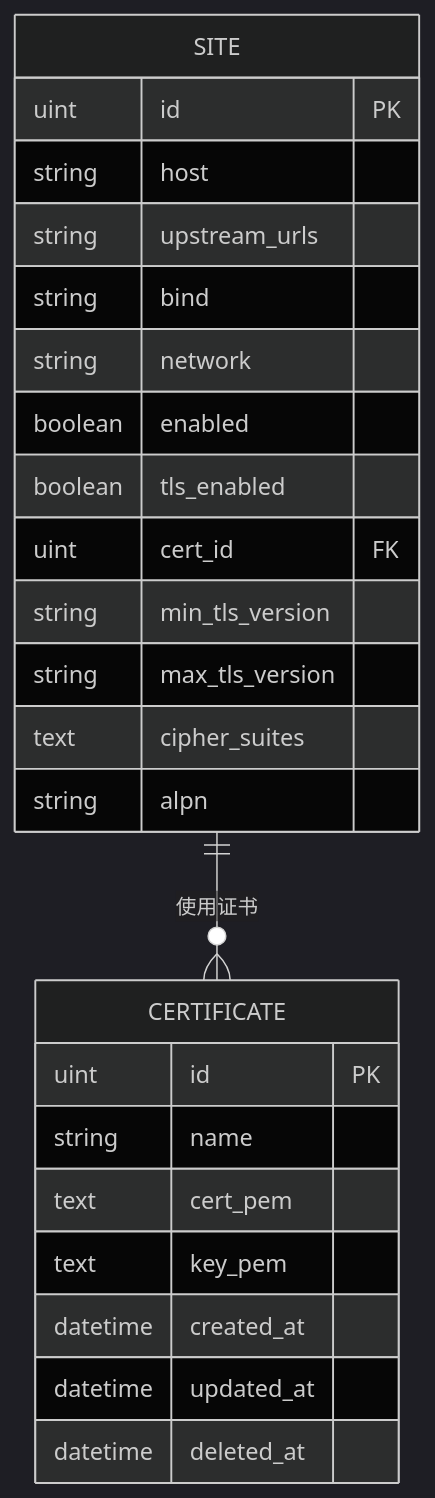
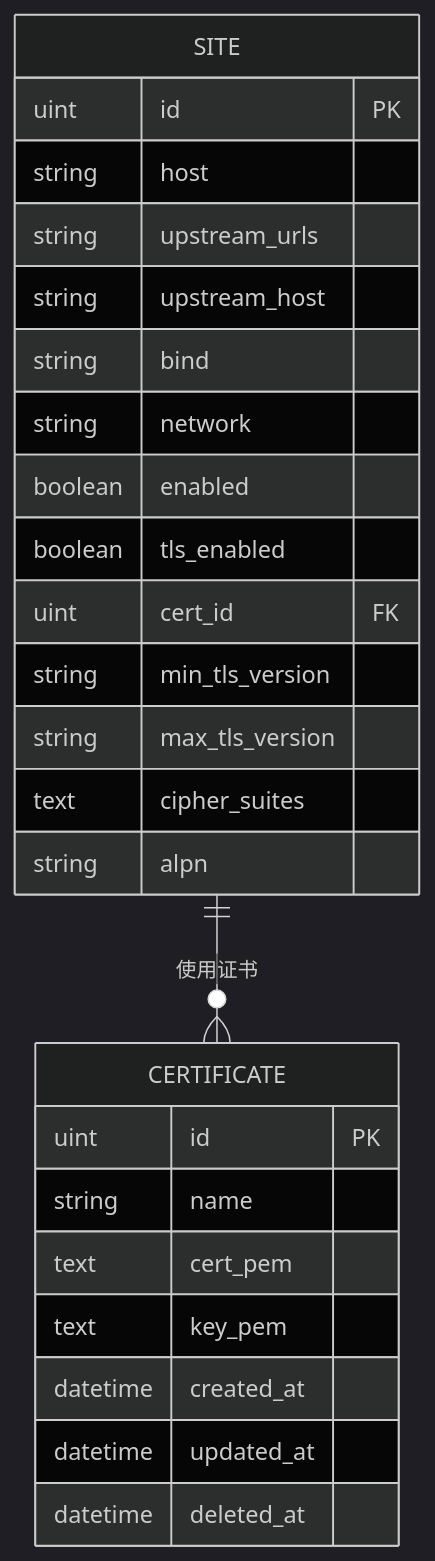
One commit to x01n/My-OpenWaf changed the third of 6 diagrams in docs/管理 API 系统/证书管理 API.md. Above: the diagram before and after it, drawn with Mermaid (dark theme). The commit also changed 354 other files, not shown here.

````diff
--- a/docs/管理 API 系统/证书管理 API.md
+++ b/docs/管理 API 系统/证书管理 API.md
@@ -130,27 +130,28 @@
 ```mermaid
 erDiagram
 CERTIFICATE {
 uint id PK
 string name
 text cert_pem
 text key_pem
 datetime created_at
 datetime updated_at
 datetime deleted_at
 }
 SITE {
 uint id PK
 string host
 string upstream_urls
+string upstream_host
 string bind
 string network
 boolean enabled
 boolean tls_enabled
 uint cert_id FK
 string min_tls_version
 string max_tls_version
 text cipher_suites
 string alpn
 }
 SITE ||--o{ CERTIFICATE : "使用证书"
 ```
````
